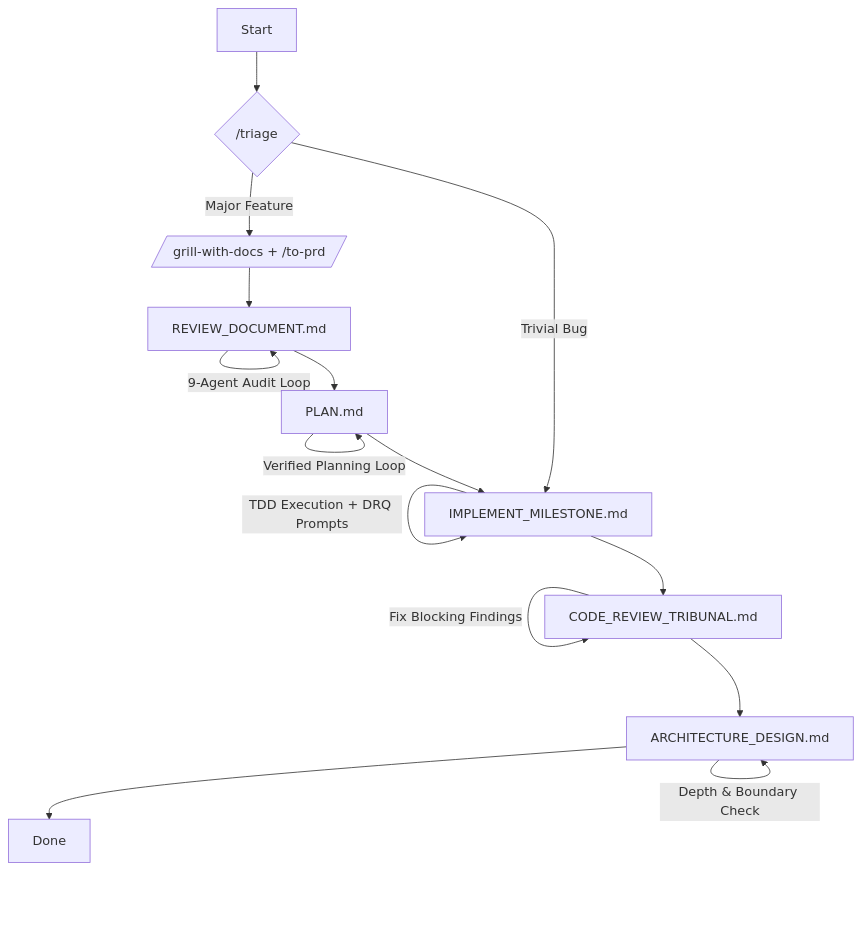
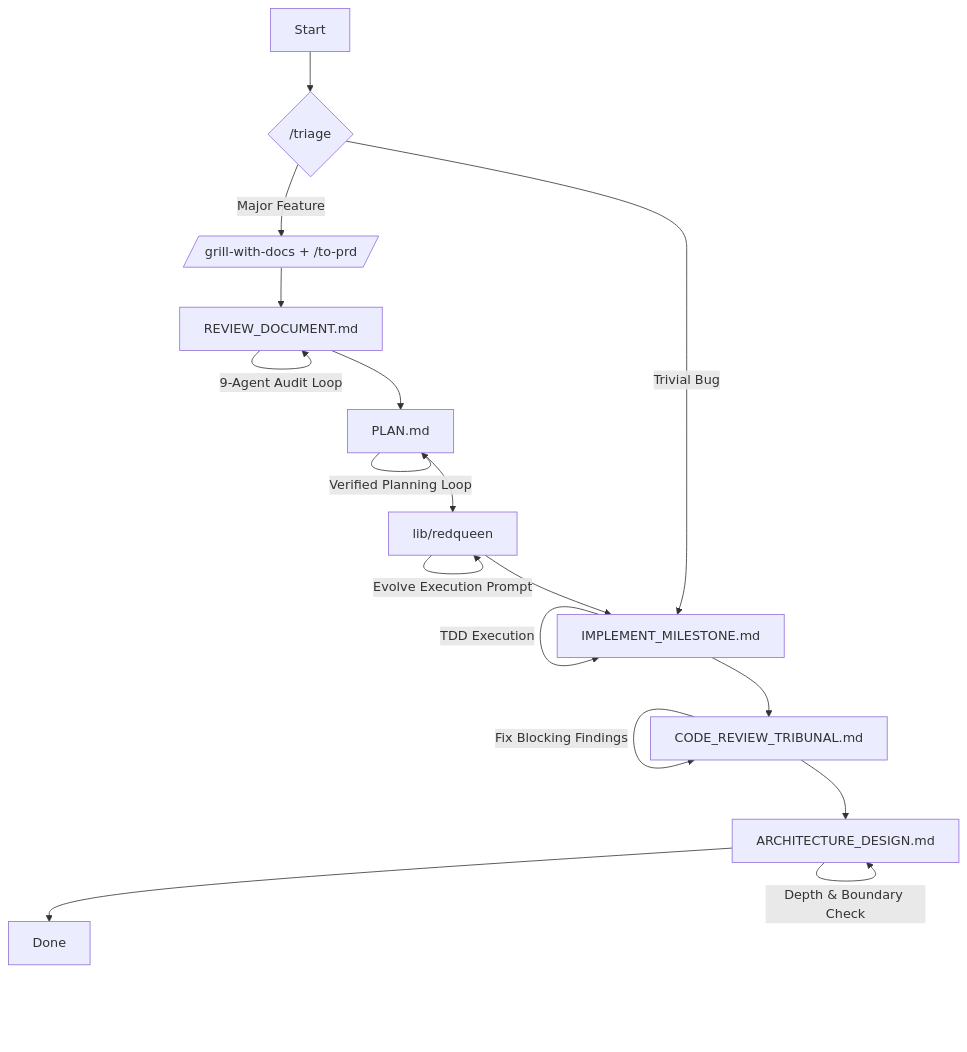
One commit to christophergutierrez/killhouse changed the diagram in README.md. Above: the diagram before and after it, drawn with Mermaid. The commit also changed other lines of this file and 18 other files, not shown here.

````diff
--- a/README.md
+++ b/README.md
@@ -22,23 +22,26 @@
 ```mermaid
 graph TD
     A[Start] --> B{/triage}
-    B -->|Trivial Bug| F
+    B -->|Trivial Bug| G
     B -->|Major Feature| C[/grill-with-docs + /to-prd/]
-
+    
     C --> D[REVIEW_DOCUMENT.md]
     D -->|9-Agent Audit Loop| D
-
+    
     D --> E[PLAN.md]
     E -->|Verified Planning Loop| E
-
-    E --> F[IMPLEMENT_MILESTONE.md]
-    F -->|TDD Execution + DRQ Prompts| F
-
-    F --> G[CODE_REVIEW_TRIBUNAL.md]
-    G -->|Fix Blocking Findings| G
-
-    G --> H[ARCHITECTURE_DESIGN.md]
-    H -->|Depth & Boundary Check| H
-
-    H --> I[Done]
+    
+    E --> F[lib/redqueen]
+    F -->|Evolve Execution Prompt| F
+    
+    F --> G[IMPLEMENT_MILESTONE.md]
+    G -->|TDD Execution| G
+    
+    G --> H[CODE_REVIEW_TRIBUNAL.md]
+    H -->|Fix Blocking Findings| H
+    
+    H --> I[ARCHITECTURE_DESIGN.md]
+    I -->|Depth & Boundary Check| I
+    
+    I --> J[Done]
 ```
````
